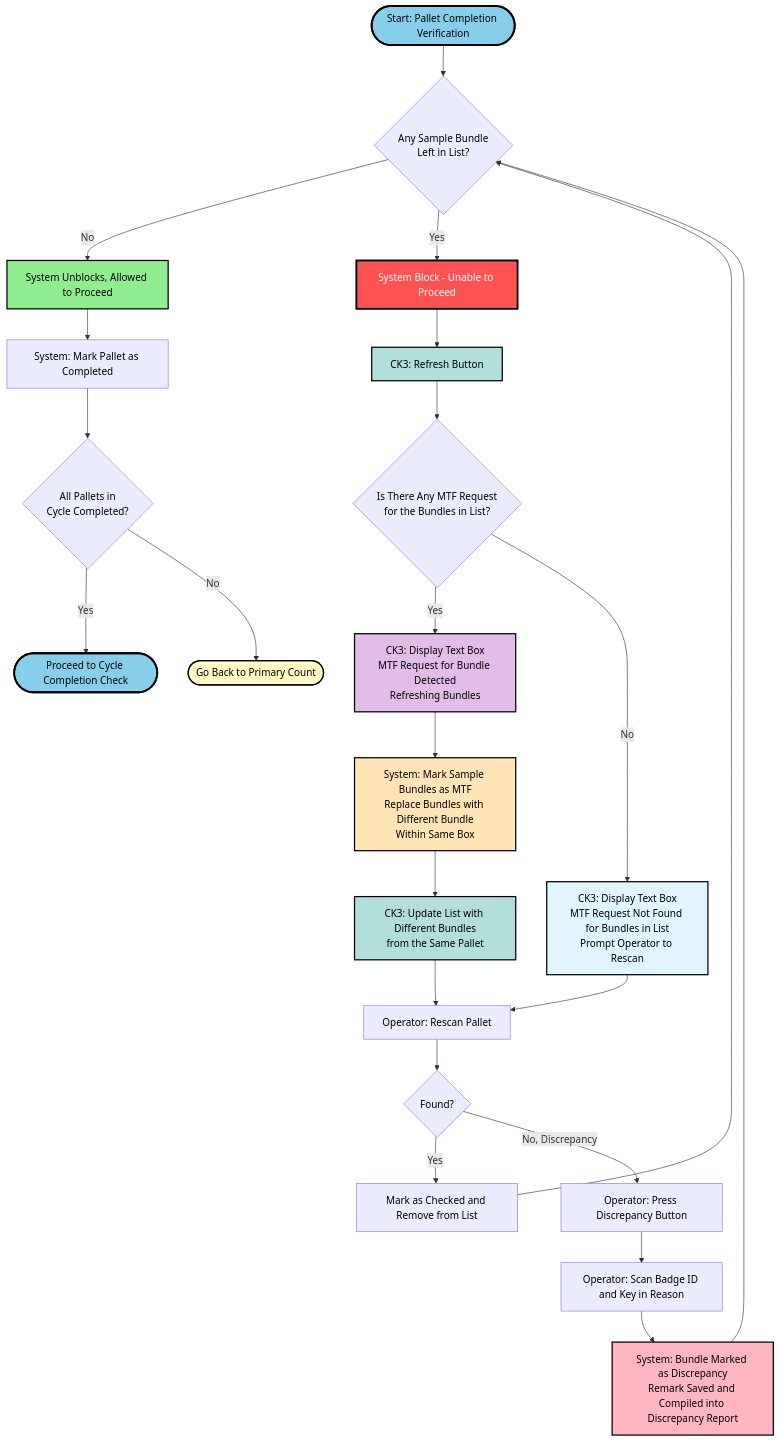
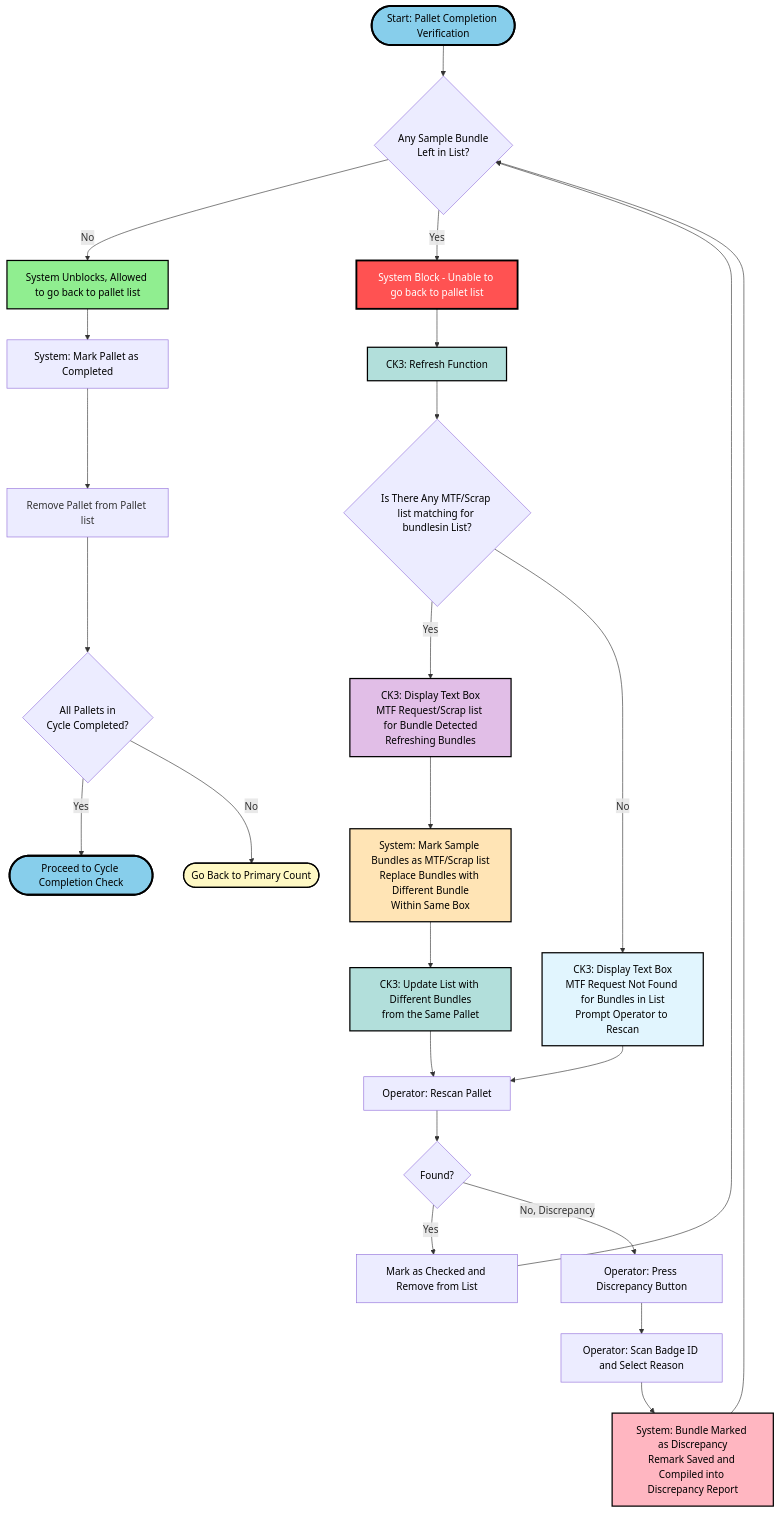
The fourth of 6 diagrams in workflow.md (kohjs/RMC-Cycle-Count), drawn with Mermaid before and after one commit. The commit also changed other lines of this file, not shown here.

````diff
--- a/workflow.md
+++ b/workflow.md
@@ -106,46 +108,47 @@
 ```mermaid
 flowchart TD
     Start(["Start: Pallet Completion Verification"]) --> n1{"Any Sample Bundle<br>Left in List?"}
-    n1 -- No --> n16["System Unblocks, Allowed to Proceed"]
-    n1 -- Yes --> n15["System Block - Unable to Proceed"]
-    n15 --> n2["CK3: Refresh Button"]
-    n2 --> n3{"Is There Any MTF Request<br>for the Bundles in List?"}
-    n3 -- Yes --> n4["CK3: Display Text Box<br>MTF Request for Bundle Detected<br>Refreshing Bundles"]
-    n4 --> n5["System: Mark Sample Bundles as MTF<br>Replace Bundles with Different Bundle<br>Within Same Box"]
+    n1 -- No --> n16["System Unblocks, Allowed to go back to pallet list"]
+    n1 -- Yes --> n15["System Block - Unable to go back to pallet list"]
+    n15 --> n2["CK3: Refresh Function"]
+    n2 --> n3{"Is There Any MTF/Scrap list matching for bundlesin List?"}
+    n3 -- Yes --> n4["CK3: Display Text Box<br>MTF Request/Scrap list for Bundle Detected<br>Refreshing Bundles"]
+    n4 --> n5["System: Mark Sample Bundles as MTF/Scrap list<br>Replace Bundles with Different Bundle<br>Within Same Box"]
     n5 --> n6["CK3: Update List with Different Bundles<br>from the Same Pallet"]
-    n6 --> n9
+    n6 --> n9["Operator: Rescan Pallet"]
     n3 -- No --> n8["CK3: Display Text Box<br>MTF Request Not Found for Bundles in List<br>Prompt Operator to Rescan"]
-    n8 --> n9["Operator: Rescan Pallet"]
+    n8 --> n9
     n9 --> n10{"Found?"}
     n10 -- Yes --> n12["Mark as Checked and Remove from List"]
     n12 --> n1
     n10 -- No, Discrepancy --> n11["Operator: Press Discrepancy Button"]
-    n11 --> n13["Operator: Scan Badge ID and Key in Reason"]
+    n11 --> n13["Operator: Scan Badge ID and Select Reason"]
     n13 --> n14["System: Bundle Marked as Discrepancy<br>Remark Saved and Compiled into Discrepancy Report"]
     n14 --> n1
     n16 --> n17["System: Mark Pallet as Completed"]
-    n17 --> n18{"All Pallets in<br>Cycle Completed?"}
-    n18 -- Yes --> n19(["Proceed to Cycle Completion Check"])
+    n17 --> n21["Remove Pallet from Pallet list"]
+    n18{"All Pallets in<br>Cycle Completed?"} -- Yes --> n19(["Proceed to Cycle Completion Check"])
     n18 -- No --> n20(["Go Back to Primary Count"])
+    n21 --> n18
 
     style Start fill:#87CEEB,stroke:#000,stroke-width:3px,color:#000
     style n1 color:#000
+    style n16 fill:#90EE90,stroke:#000,stroke-width:2px,color:#000
+    style n15 fill:#FF5252,stroke:#000,stroke-width:3px,color:#FFF
     style n2 fill:#B2DFDB,stroke:#000,stroke-width:2px,color:#000
     style n3 color:#000
     style n4 fill:#E1BEE7,stroke:#000,stroke-width:2px,color:#000
     style n5 fill:#FFE4B5,stroke:#000,stroke-width:2px,color:#000
     style n6 fill:#B2DFDB,stroke:#000,stroke-width:2px,color:#000
+    style n9 color:#000
     style n8 fill:#E1F5FE,stroke:#000,stroke-width:2px,color:#000
-    style n9 color:#000
     style n10 color:#000
+    style n12 color:#000
     style n11 color:#000
-    style n12 color:#000
     style n13 color:#000
     style n14 fill:#FFB6C1,stroke:#000,stroke-width:2px,color:#000
-    style n15 fill:#FF5252,stroke:#000,stroke-width:3px,color:#FFF
-    style n16 fill:#90EE90,stroke:#000,stroke-width:2px,color:#000
     style n17 color:#000
     style n18 color:#000
     style n19 fill:#87CEEB,stroke:#000,stroke-width:3px,color:#000
     style n20 fill:#FFF9C4,stroke:#000,stroke-width:2px,color:#000
 ```
````
